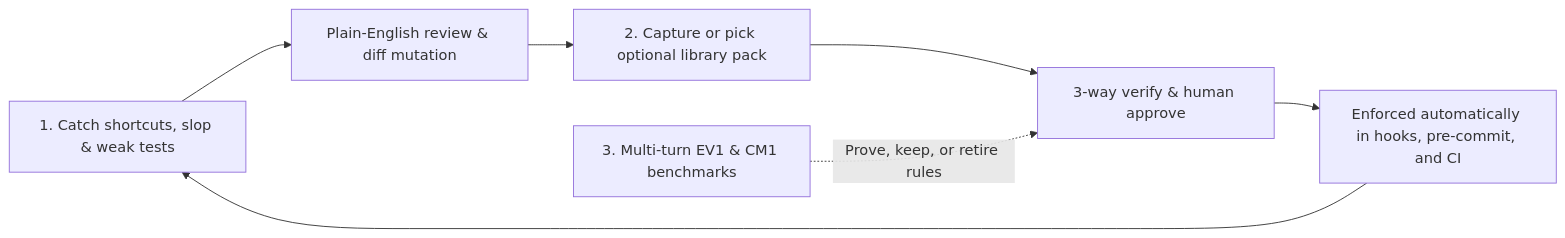
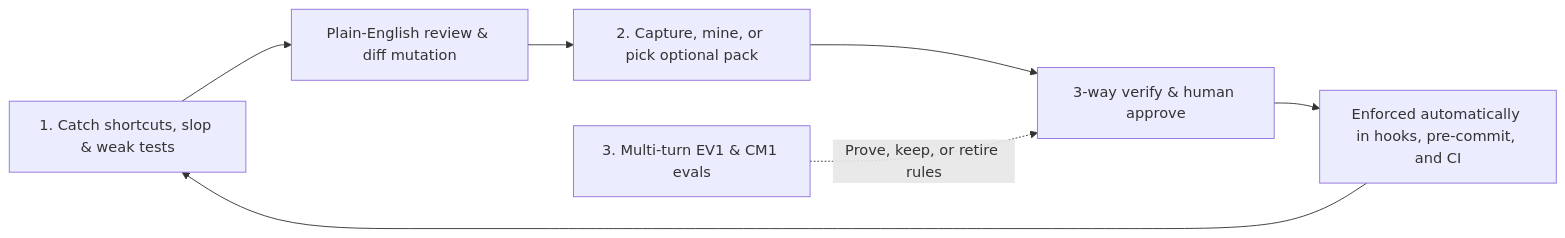
The diagram in README.md (jremick/anti-slop), drawn with Mermaid before and after one commit. The commit also changed other lines of this file and 7 other files, not shown here.

````diff
--- a/README.md
+++ b/README.md
@@ -18,9 +22,9 @@
 ```mermaid
 flowchart LR
   A["1. Catch shortcuts, slop & weak tests"] --> B["Plain-English review & diff mutation"]
-  B --> C["2. Capture or pick optional library pack"]
+  B --> C["2. Capture, mine, or pick optional pack"]
   C --> D["3-way verify & human approve"]
   D --> E["Enforced automatically in hooks, pre-commit, and CI"]
   E --> A
-  F["3. Multi-turn EV1 & CM1 benchmarks"] -. "Prove, keep, or retire rules" .-> D
+  F["3. Multi-turn EV1 & CM1 evals"] -. "Prove, keep, or retire rules" .-> D
 ```
````
